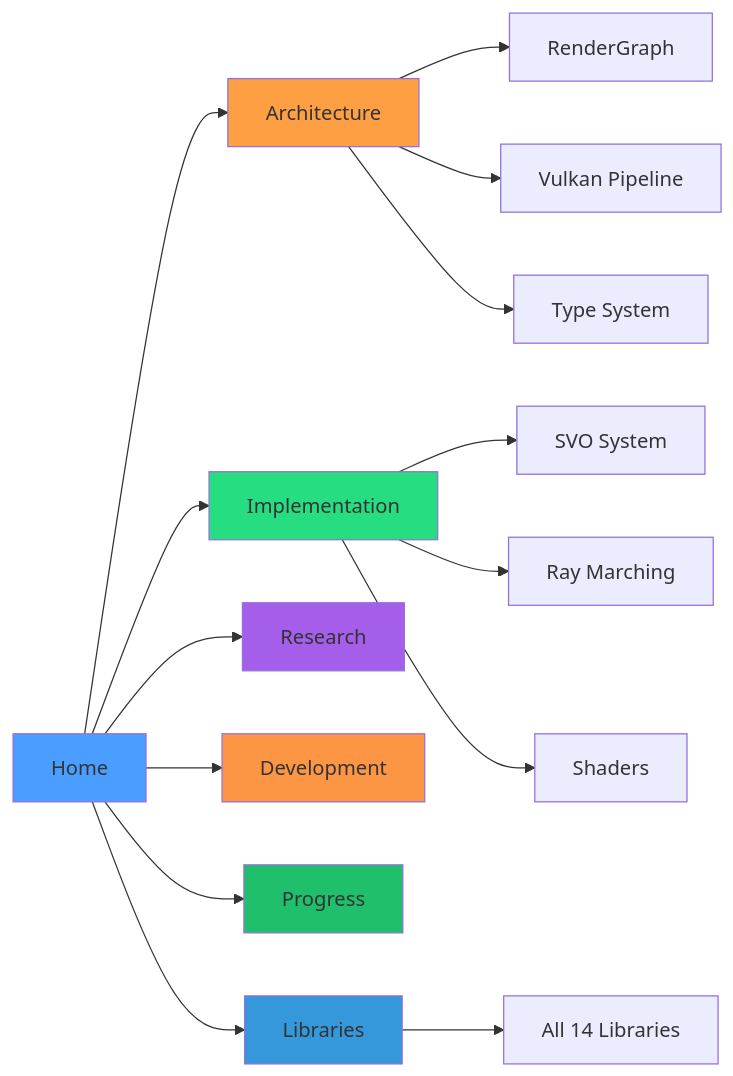
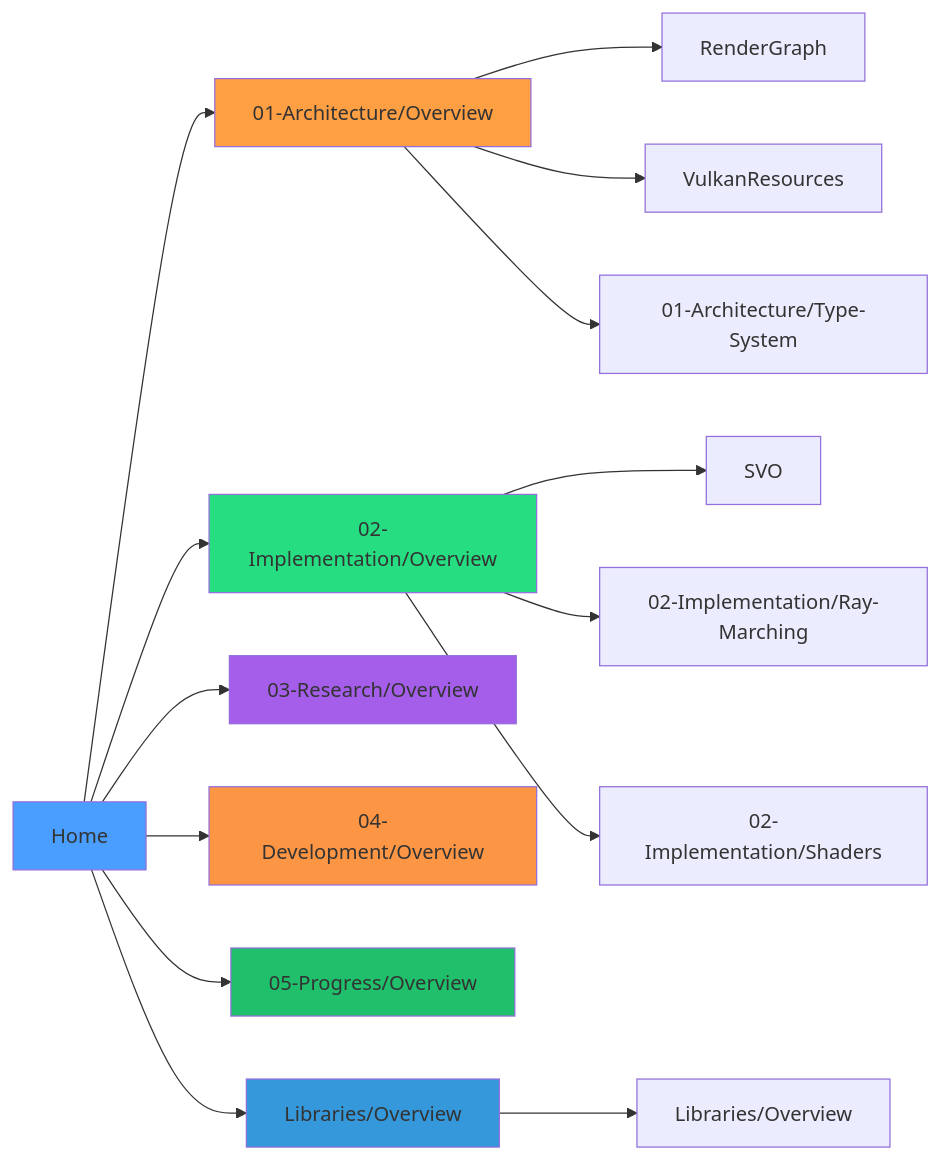
Before and after one commit to Lint111/VBVS--VIXEN: the diagram in VIXEN/Vixen-Docs/00-Index/Home.md, drawn with Mermaid. The commit also changed other lines of this file and 31 other files, not shown here.

First line of the commit message:
Refactor Mermaid Diagrams to Flowchart Syntax and Enhance Clickable Links

````diff
--- a/VIXEN/Vixen-Docs/00-Index/Home.md
+++ b/VIXEN/Vixen-Docs/00-Index/Home.md
@@ -19,27 +19,41 @@
 ```mermaid
-graph LR
-    A[Home] --> B[Architecture]
-    A --> C[Implementation]
-    A --> D[Research]
-    A --> E[Development]
-    A --> F[Progress]
-    A --> L[Libraries]
+flowchart LR
+    A[Home] --> B[01-Architecture/Overview]
+    A --> C[02-Implementation/Overview]
+    A --> D[03-Research/Overview]
+    A --> E[04-Development/Overview]
+    A --> F[05-Progress/Overview]
+    A --> L[Libraries/Overview]
 
     B --> B1[RenderGraph]
-    B --> B2[Vulkan Pipeline]
-    B --> B3[Type System]
+    B --> B2[VulkanResources]
+    B --> B3[01-Architecture/Type-System]
 
-    C --> C1[SVO System]
-    C --> C2[Ray Marching]
-    C --> C3[Shaders]
+    C --> C1[SVO]
+    C --> C2[02-Implementation/Ray-Marching]
+    C --> C3[02-Implementation/Shaders]
 
-    L --> L1[All 14 Libraries]
+    L --> L1[Libraries/Overview]
+
+    class B internal-link
+    class C internal-link
+    class D internal-link
+    class E internal-link
+    class F internal-link
+    class L internal-link
+    class B1 internal-link
+    class B2 internal-link
+    class B3 internal-link
+    class C1 internal-link
+    class C2 internal-link
+    class C3 internal-link
+    class L1 internal-link
 
     style A fill:#4a9eff
     style B fill:#ff9f43
     style C fill:#26de81
     style D fill:#a55eea
     style E fill:#fd9644
     style F fill:#20bf6b
     style L fill:#3498db
 ```
````
